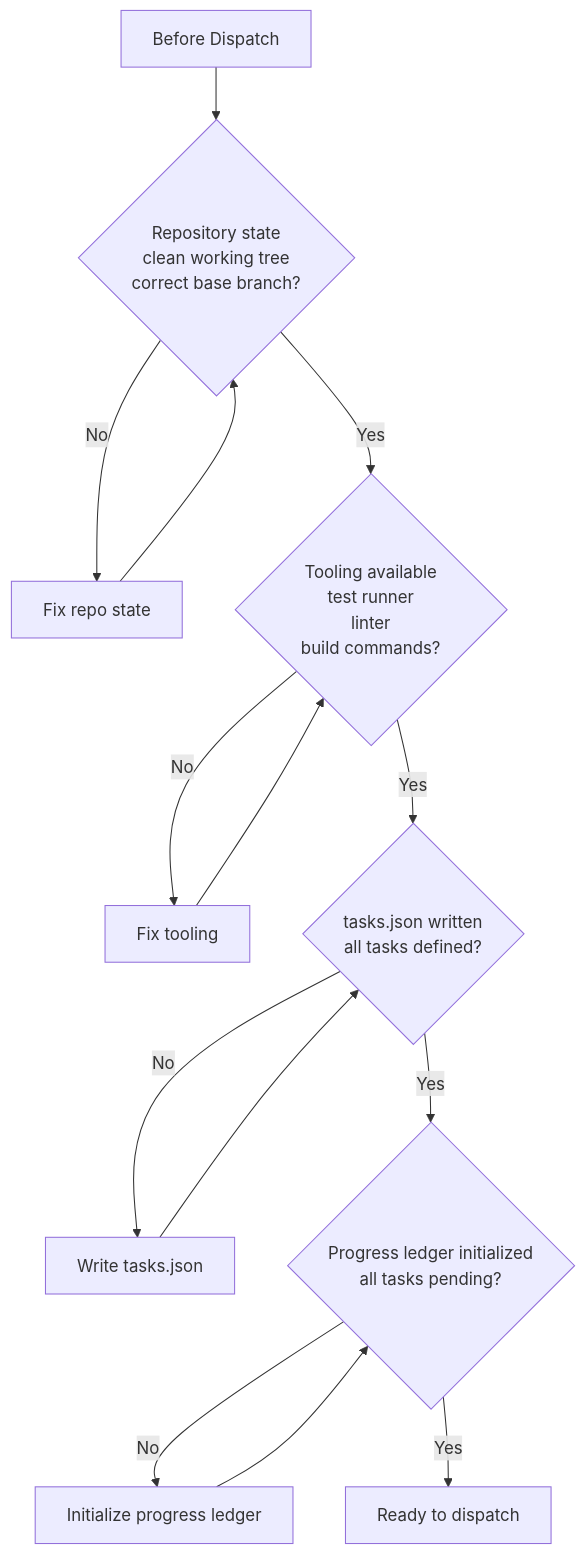
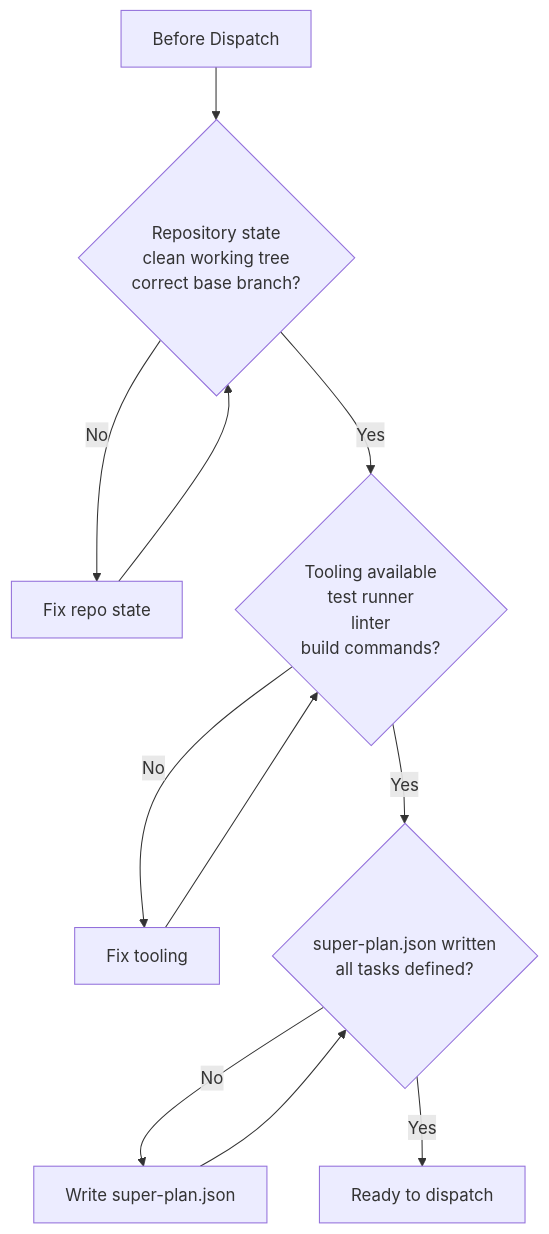
Diagram 11 of 12 in super-planning/README.md (gugacarbo/agents-skills), drawn with Mermaid before and after one commit. The commit also changed other lines of this file and 22 other files, not shown here.

Commit message:
feat(super-planning): add phased entry routing and super-plan generator

````diff
--- a/super-planning/README.md
+++ b/super-planning/README.md
@@ -252,16 +255,13 @@
 ```mermaid
 flowchart
     START[Before Dispatch] --> F1{Repository state<br/>clean working tree<br/>correct base branch?}
     F1 -->|No| FIX1[Fix repo state]
     F1 -->|Yes| F2{Tooling available<br/>test runner<br/>linter<br/>build commands?}
     FIX1 --> F1
     F2 -->|No| FIX2[Fix tooling]
-    F2 -->|Yes| F3{tasks.json written<br/>all tasks defined?}
+    F2 -->|Yes| F3{super-plan.json written<br/>all tasks defined?}
     FIX2 --> F2
-    F3 -->|No| FIX3[Write tasks.json]
-    F3 -->|Yes| F4{Progress ledger initialized<br/>all tasks pending?}
+    F3 -->|No| FIX3[Write super-plan.json]
+    F3 -->|Yes| READY[Ready to dispatch]
     FIX3 --> F3
-    F4 -->|No| FIX4[Initialize progress ledger]
-    F4 -->|Yes| READY[Ready to dispatch]
-    FIX4 --> F4
 ```
````
